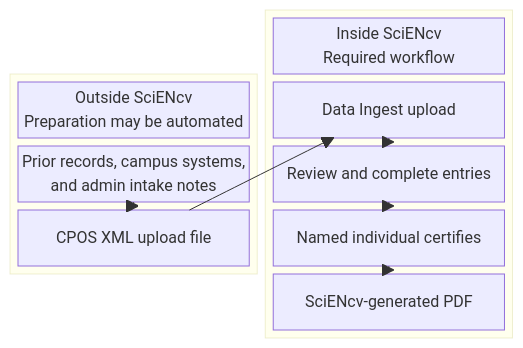
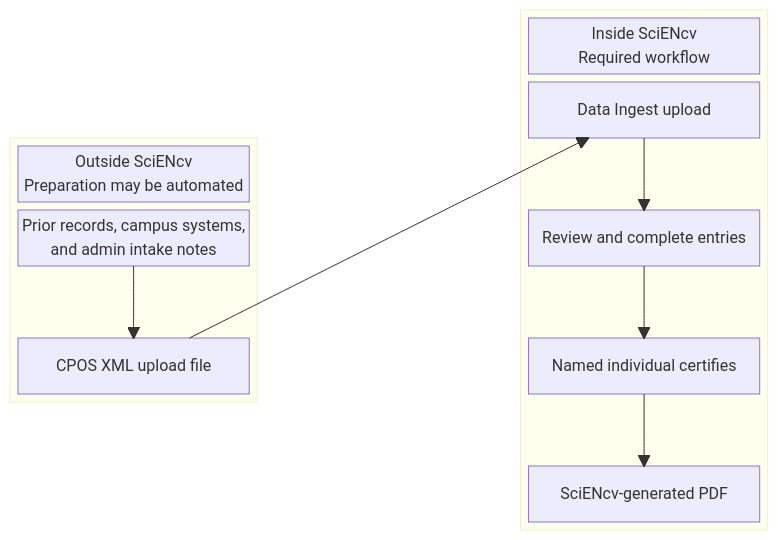
Before and after one commit to FritscheLab/nih-sciencv-playbook: the diagram in docs/other-support/xml-upload.md, drawn with Mermaid. The commit also changed 12 other files, not shown here.

Commit message:
feat: enhance Mermaid diagrams for improved accessibility and readability

````diff
--- a/docs/other-support/xml-upload.md
+++ b/docs/other-support/xml-upload.md
@@ -21,23 +21,30 @@
 ```mermaid
 block-beta
-    columns 2
+    %% accTitle: CPOS XML preparation and required SciENcv workflow
+    %% accDescr: Outside SciENcv, prior records, campus systems, and admin intake notes produce a CPOS XML upload file. Inside SciENcv, Data Ingest imports the file, entries are reviewed and completed, the named individual certifies, and SciENcv generates the PDF.
+    columns 3
     block:preparation
         columns 1
         prepHeading["Outside SciENcv<br/>Preparation may be automated"]
         sources["Prior records, campus systems,<br/>and admin intake notes"]
+        space
         xml["CPOS XML upload file"]
     end
+    space
     block:required
         columns 1
         requiredHeading["Inside SciENcv<br/>Required workflow"]
         ingest["Data Ingest upload"]
+        space
         review["Review and complete entries"]
+        space
         certification["Named individual certifies"]
+        space
         pdf["SciENcv-generated PDF"]
     end
     sources --> xml
     xml --> ingest
     ingest --> review
     review --> certification
     certification --> pdf
 ```
````
